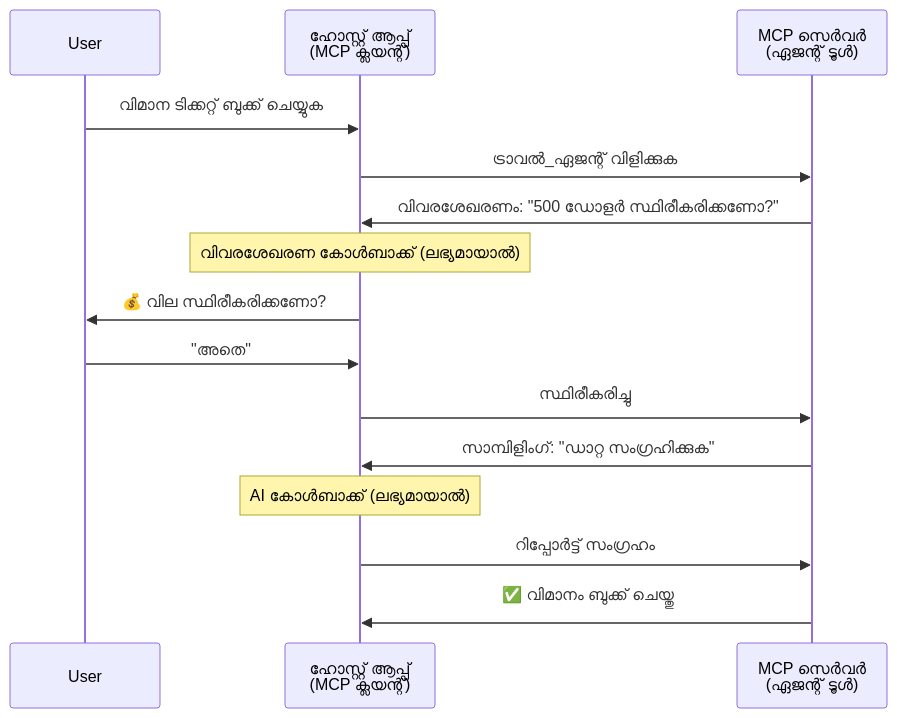
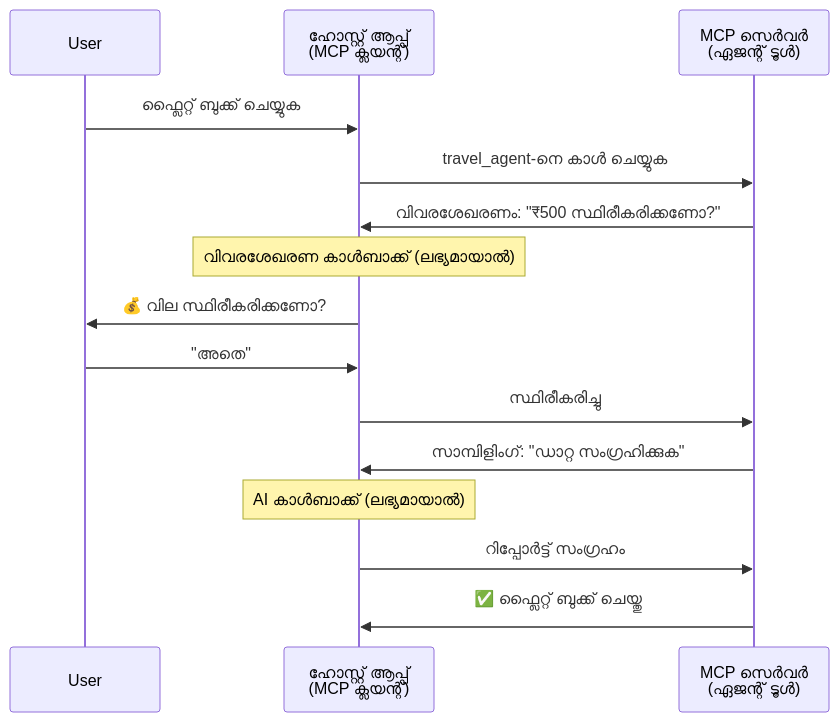
Before and after one commit to gabrielmoreira/agent-skills-mirror: the fourth of 5 diagrams in mirrors/repos/microsoft@ai-agents-for-beginners/translations/ml/11-agentic-protocols/code_samples/mcp-agents/README.md, drawn with Mermaid. The commit also changed other lines of this file and 4482 other files, not shown here.

````diff
--- a/mirrors/repos/microsoft@ai-agents-for-beginners/translations/ml/11-agentic-protocols/code_samples/mcp-agents/README.md
+++ b/mirrors/repos/microsoft@ai-agents-for-beginners/translations/ml/11-agentic-protocols/code_samples/mcp-agents/README.md
@@ -160,21 +163,21 @@
 ```mermaid
 sequenceDiagram
     participant User
     participant Host as ഹോസ്റ്റ് ആപ്പ്<br/>(MCP ക്ലയന്റ്)
     participant Server as MCP സെർവർ<br/>(ഏജന്റ് ടൂൾ)
 
-    User->>Host: വിമാന ടിക്കറ്റ് ബുക്ക് ചെയ്യുക
-    Host->>Server: ട്രാവൽ_ഏജന്റ് വിളിക്കുക
+    User->>Host: ഫ്ലൈറ്റ് ബുക്ക് ചെയ്യുക
+    Host->>Server: travel_agent-നെ കാൾ ചെയ്യുക
 
-    Server->>Host: വിവരശേഖരണം: "500 ഡോളർ സ്ഥിരീകരിക്കണോ?"
-    Note over Host: വിവരശേഖരണ കോൾബാക്ക് (ലഭ്യമായാൽ)
+    Server->>Host: വിവരശേഖരണം: "₹500 സ്ഥിരീകരിക്കണോ?"
+    Note over Host: വിവരശേഖരണ കാൾബാക്ക് (ലഭ്യമായാൽ)
     Host->>User: 💰 വില സ്ഥിരീകരിക്കണോ?
     User->>Host: "അതെ"
     Host->>Server: സ്ഥിരീകരിച്ചു
 
     Server->>Host: സാമ്പിളിംഗ്: "ഡാറ്റ സംഗ്രഹിക്കുക"
-    Note over Host: AI കോൾബാക്ക് (ലഭ്യമായാൽ)
+    Note over Host: AI കാൾബാക്ക് (ലഭ്യമായാൽ)
     Host->>Server: റിപ്പോർട്ട് സംഗ്രഹം
 
-    Server->>Host: ✅ വിമാനം ബുക്ക് ചെയ്തു
+    Server->>Host: ✅ ഫ്ലൈറ്റ് ബുക്ക് ചെയ്തു
 ```
````
